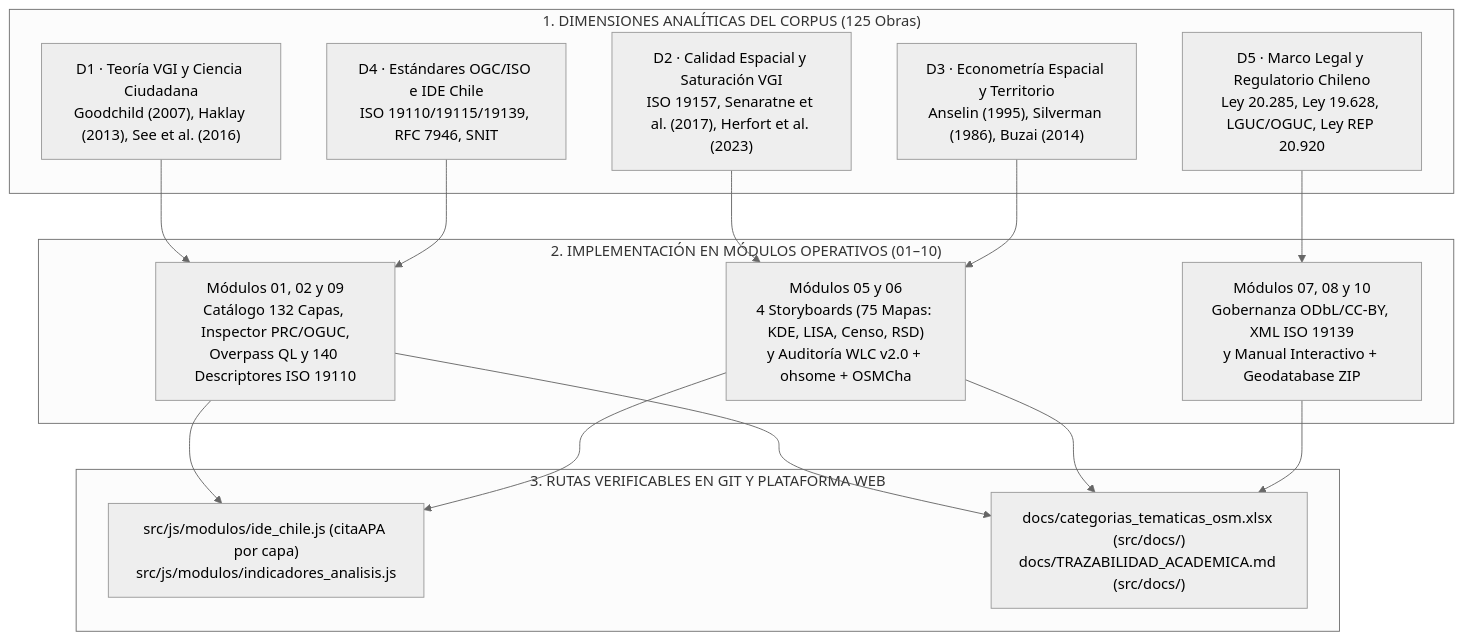
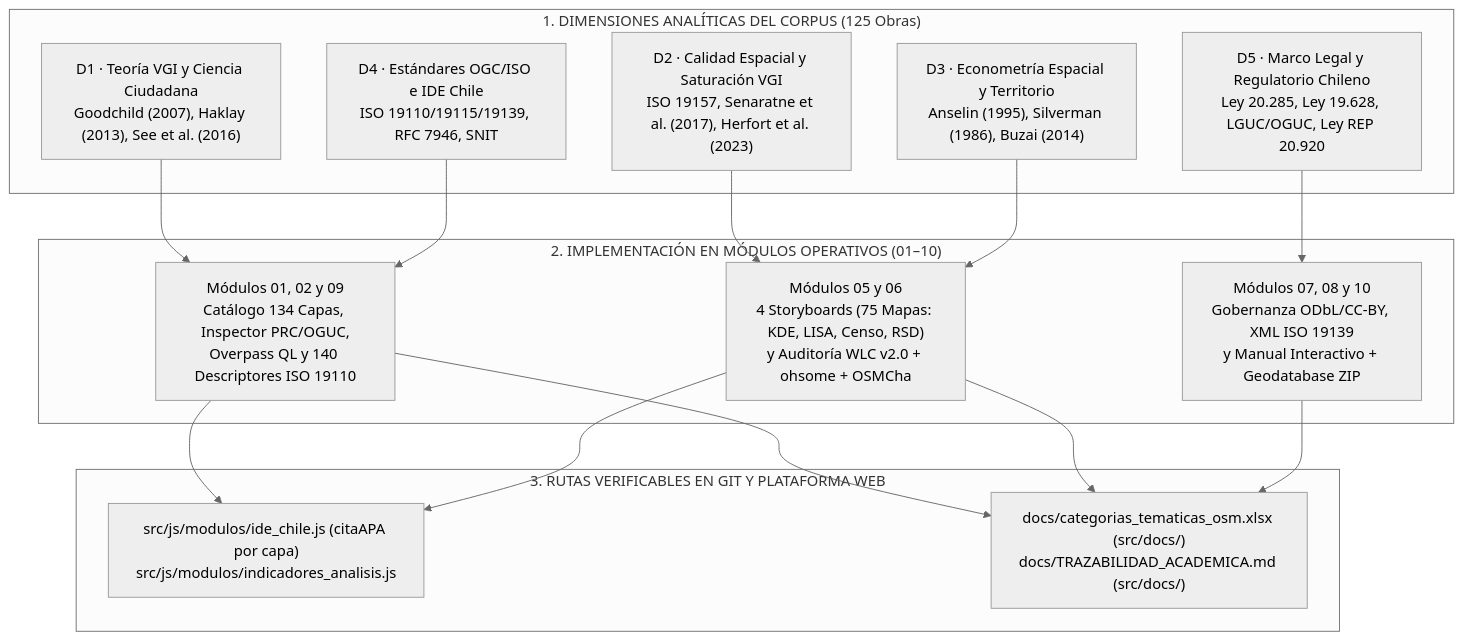
One commit to GEOJOTA/atlas_vgi_territorial changed the second of 2 diagrams in docs/BIBLIOGRAFIA_SEMINARIO_Y_ATLAS.md. Above: the diagram before and after it, drawn with Mermaid (neutral theme). The commit also changed other lines of this file and 44 other files, not shown here.

````diff
--- a/docs/BIBLIOGRAFIA_SEMINARIO_Y_ATLAS.md
+++ b/docs/BIBLIOGRAFIA_SEMINARIO_Y_ATLAS.md
@@ -54,25 +54,25 @@
 ```mermaid
 flowchart TD
     subgraph DIM["1. DIMENSIONES ANALÍTICAS DEL CORPUS (125 Obras)"]
         D1["D1 · Teoría VGI y Ciencia Ciudadana<br/>Goodchild (2007), Haklay (2013), See et al. (2016)"]
         D2["D2 · Calidad Espacial y Saturación VGI<br/>ISO 19157, Senaratne et al. (2017), Herfort et al. (2023)"]
         D3["D3 · Econometría Espacial y Territorio<br/>Anselin (1995), Silverman (1986), Buzai (2014)"]
         D4["D4 · Estándares OGC/ISO e IDE Chile<br/>ISO 19110/19115/19139, RFC 7946, SNIT"]
         D5["D5 · Marco Legal y Regulatorio Chileno<br/>Ley 20.285, Ley 19.628, LGUC/OGUC, Ley REP 20.920"]
     end
 
     subgraph MOD["2. IMPLEMENTACIÓN EN MÓDULOS OPERATIVOS (01–10)"]
-        M_A["Módulos 01, 02 y 09<br/>Catálogo 132 Capas, Inspector PRC/OGUC,<br/>Overpass QL y 140 Descriptores ISO 19110"]
+        M_A["Módulos 01, 02 y 09<br/>Catálogo 134 Capas, Inspector PRC/OGUC,<br/>Overpass QL y 140 Descriptores ISO 19110"]
         M_B["Módulos 05 y 06<br/>4 Storyboards (75 Mapas: KDE, LISA, Censo, RSD)<br/>y Auditoría WLC v2.0 + ohsome + OSMCha"]
         M_C["Módulos 07, 08 y 10<br/>Gobernanza ODbL/CC-BY, XML ISO 19139<br/>y Manual Interactivo + Geodatabase ZIP"]
     end
 
     subgraph ENT["3. RUTAS VERIFICABLES EN GIT Y PLATAFORMA WEB"]
         R1["src/js/modulos/ide_chile.js (citaAPA por capa)<br/>src/js/modulos/indicadores_analisis.js"]
         R2["docs/categorias_tematicas_osm.xlsx (src/docs/)<br/>docs/TRAZABILIDAD_ACADEMICA.md (src/docs/)"]
     end
 
     D1 & D4 --> M_A --> R1 & R2
     D2 & D3 --> M_B --> R1 & R2
     D5 --> M_C --> R2
 ```
````
